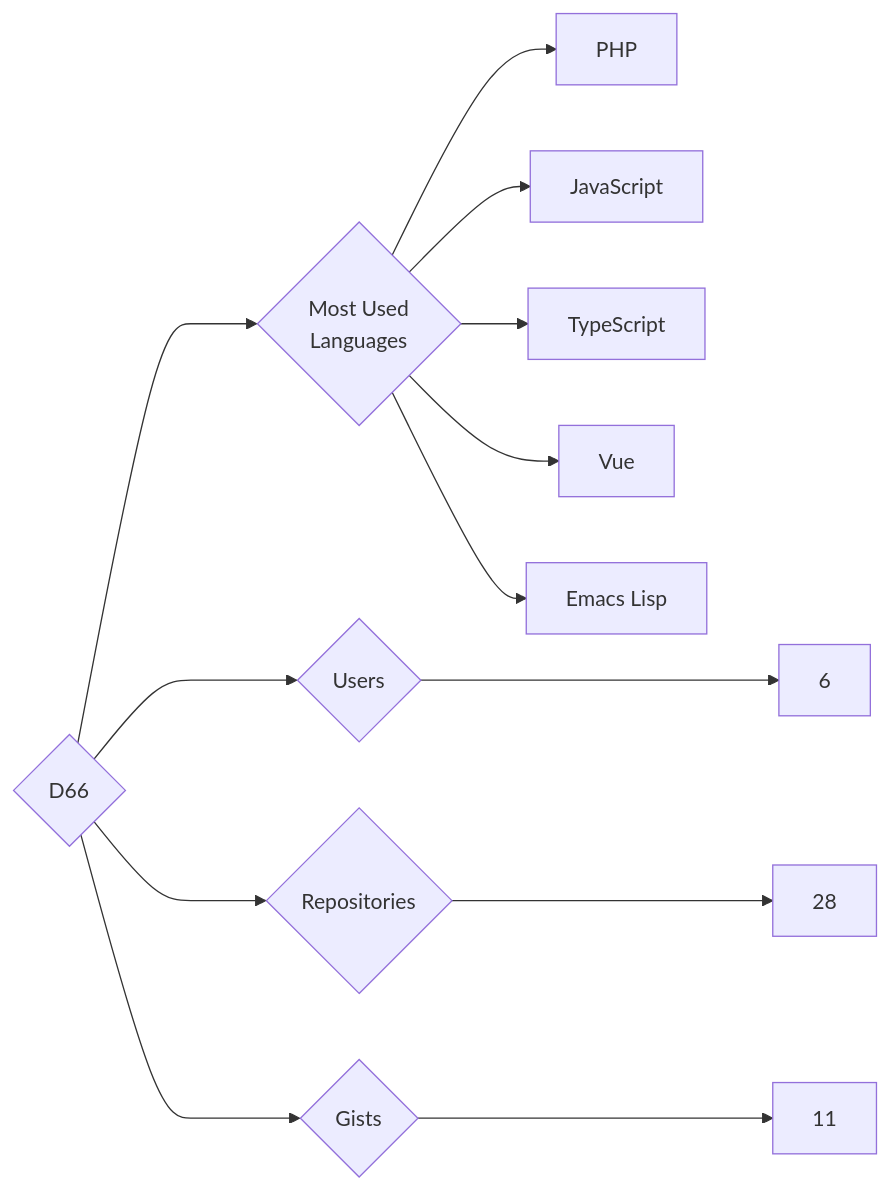
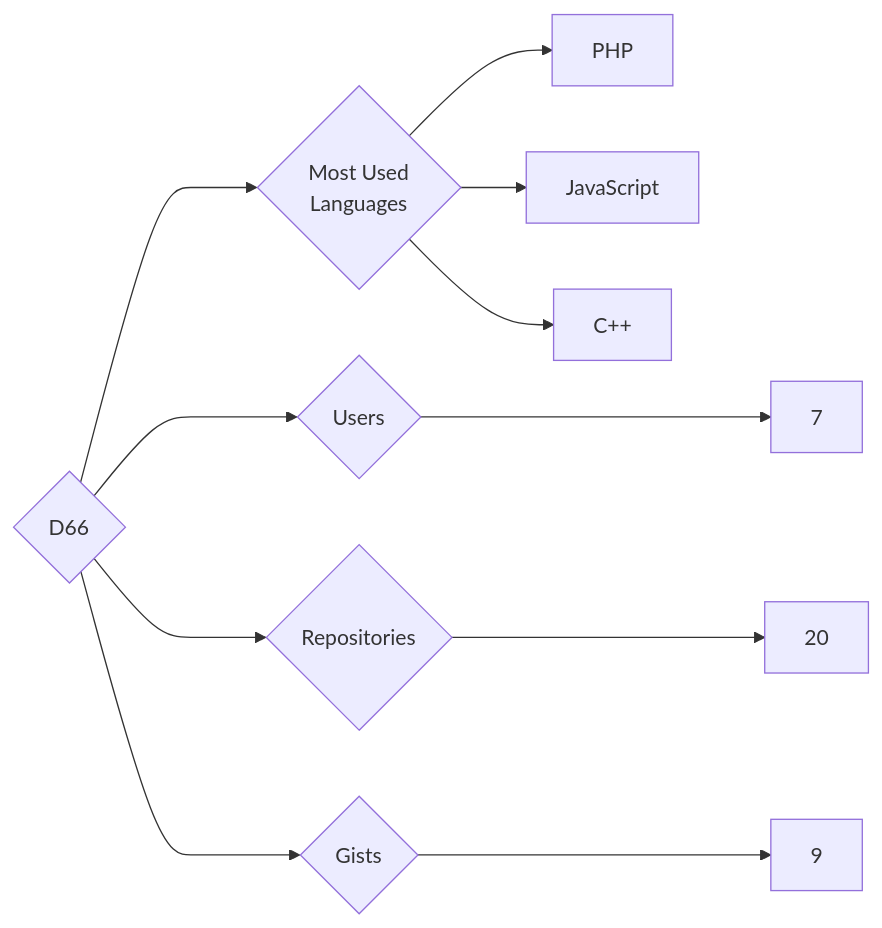
Before and after one commit to trickest/insiders: the diagram in targets/D66/README.md, drawn with Mermaid. The commit also changed 891 other files, not shown here.

````diff
--- a/targets/D66/README.md
+++ b/targets/D66/README.md
@@ -3,13 +3,11 @@
 ```mermaid
 graph LR
 COMPANY_NAME{D66}
-COMPANY_NAME ---> U{Users} ---> UN[6]
-COMPANY_NAME ---> R{Repositories} ---> RN[28]
-COMPANY_NAME ---> G{Gists} ---> GN[11]
+COMPANY_NAME ---> U{Users} ---> UN[7]
+COMPANY_NAME ---> R{Repositories} ---> RN[20]
+COMPANY_NAME ---> G{Gists} ---> GN[9]
 COMPANY_NAME ---> ML{Most Used<br>Languages}
 ML --> PHP[PHP]
 ML --> JavaScript[JavaScript]
-ML --> TypeScript[TypeScript]
-ML --> Vue[Vue]
-ML --> Emacs_Lisp[Emacs Lisp]
+ML --> C++[C++]
 ```
````
